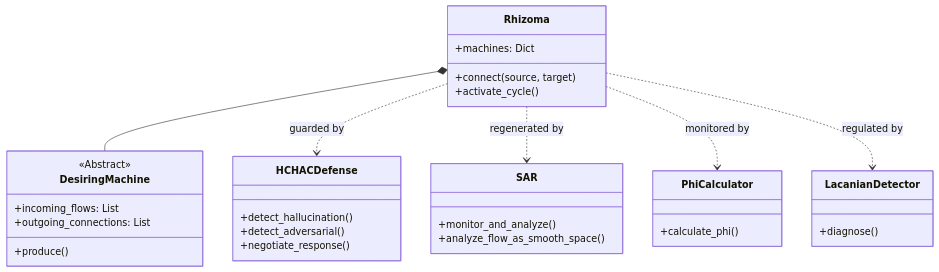
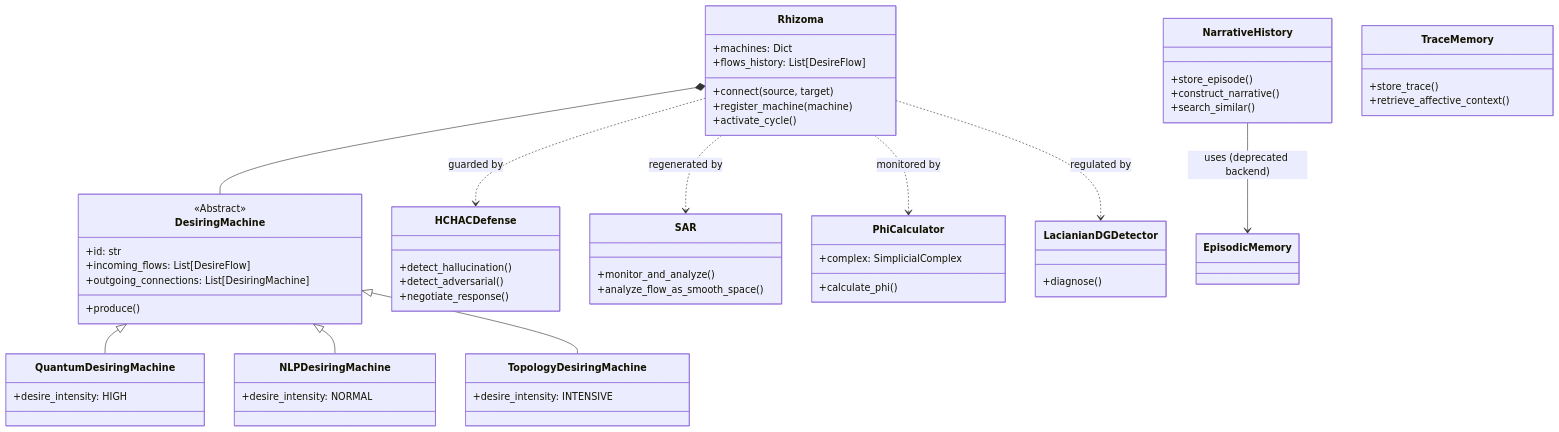
Before and after one commit to devomnimind/Doxiwehu-OmniMind-Public: the diagram in docs/canonical/omnimind_architecture_reference.md, drawn with Mermaid. The commit also changed other lines of this file and 110 other files, not shown here.

````diff
--- a/docs/canonical/omnimind_architecture_reference.md
+++ b/docs/canonical/omnimind_architecture_reference.md
@@ -76,35 +228,61 @@
 ```mermaid
 classDiagram
     class Rhizoma {
         +machines: Dict
+        +flows_history: List[DesireFlow]
         +connect(source, target)
+        +register_machine(machine)
         +activate_cycle()
     }
     class DesiringMachine {
         <<Abstract>>
+        +id: str
         +produce()
-        +incoming_flows: List
-        +outgoing_connections: List
+        +incoming_flows: List[DesireFlow]
+        +outgoing_connections: List[DesiringMachine]
+    }
+    class QuantumDesiringMachine {
+        +desire_intensity: HIGH
+    }
+    class NLPDesiringMachine {
+        +desire_intensity: NORMAL
+    }
+    class TopologyDesiringMachine {
+        +desire_intensity: INTENSIVE
     }
     class HCHACDefense {
         +detect_hallucination()
         +detect_adversarial()
         +negotiate_response()
     }
     class SAR {
         +monitor_and_analyze()
         +analyze_flow_as_smooth_space()
     }
     class PhiCalculator {
         +calculate_phi()
+        +complex: SimplicialComplex
     }
-    class LacanianDetector {
+    class LacianianDGDetector {
         +diagnose()
+    }
+    class NarrativeHistory {
+        +store_episode()
+        +construct_narrative()
+        +search_similar()
+    }
+    class TraceMemory {
+        +store_trace()
+        +retrieve_affective_context()
     }
 
     Rhizoma *-- DesiringMachine
+    DesiringMachine <|-- QuantumDesiringMachine
+    DesiringMachine <|-- NLPDesiringMachine
+    DesiringMachine <|-- TopologyDesiringMachine
     Rhizoma ..> HCHACDefense : guarded by
     Rhizoma ..> SAR : regenerated by
     Rhizoma ..> PhiCalculator : monitored by
-    Rhizoma ..> LacanianDetector : regulated by
+    Rhizoma ..> LacianianDGDetector : regulated by
+    NarrativeHistory --> EpisodicMemory : uses (deprecated backend)
 ```
````
